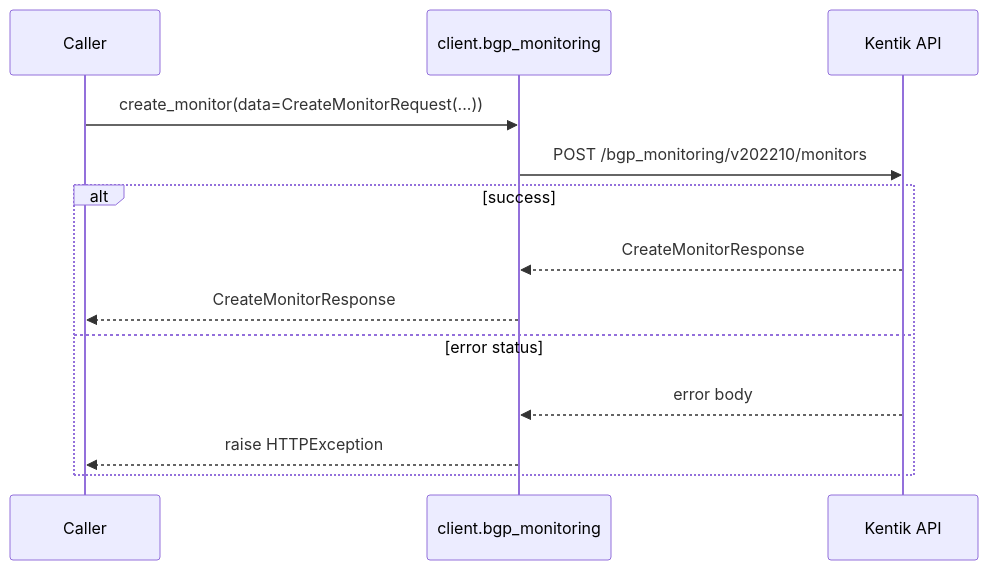
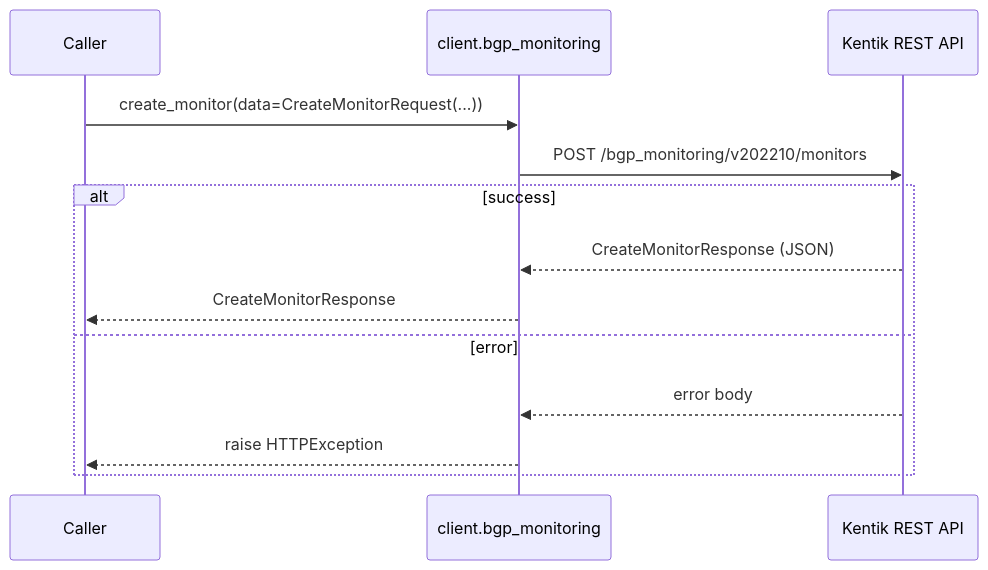
Before and after one commit to alexdearaujo/community_sdk_python: the eighth of 18 diagrams in docs/sphinx/services/bgp_monitoring.md, drawn with Mermaid. The commit also changed other lines of this file and 61 other files, not shown here.

````diff
--- a/docs/sphinx/services/bgp_monitoring.md
+++ b/docs/sphinx/services/bgp_monitoring.md
@@ -177,16 +254,16 @@
 ```mermaid
 sequenceDiagram
     participant C as Caller
     participant W as client.bgp_monitoring
-    participant API as Kentik API
+    participant API as Kentik REST API
 
     C->>W: create_monitor(data=CreateMonitorRequest(...))
     W->>API: POST /bgp_monitoring/v202210/monitors
     alt success
-        API-->>W: CreateMonitorResponse
+        API-->>W: CreateMonitorResponse (JSON)
         W-->>C: CreateMonitorResponse
-    else error status
+    else error
         API-->>W: error body
         W-->>C: raise HTTPException
     end
 ```
````
